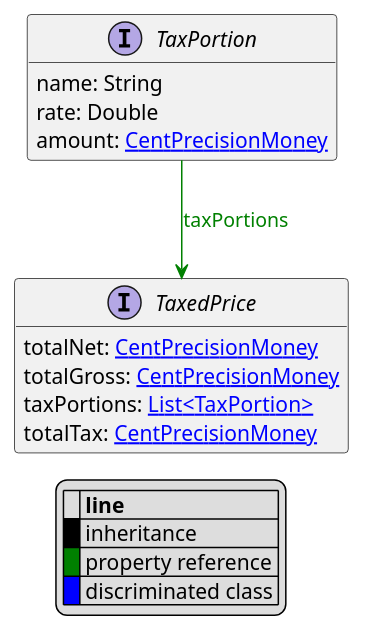
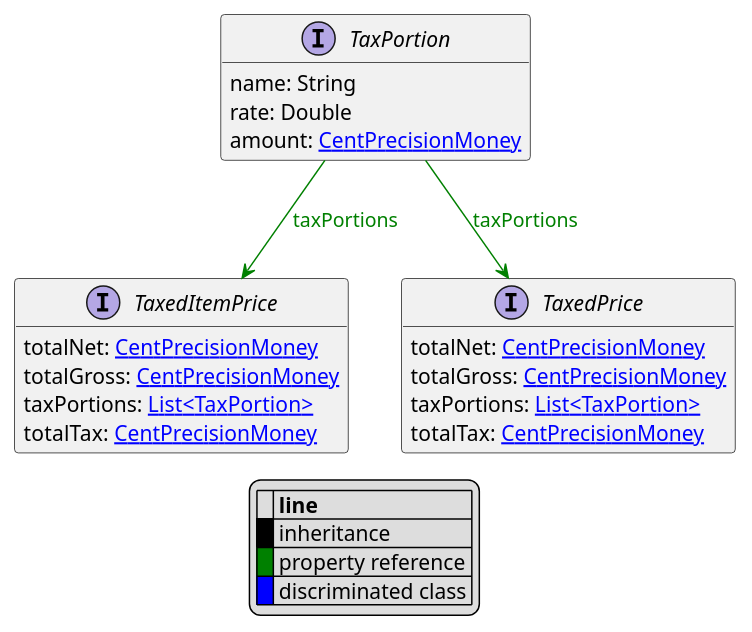
The diagram in uml/api/TaxPortion.puml (commercetools/commercetools-api-reference), drawn with PlantUML before and after one commit. The commit also changed 6 other files, not shown here.

```diff
--- a/uml/api/TaxPortion.puml
+++ b/uml/api/TaxPortion.puml
@@ -1,27 +1,34 @@
 @startuml
 
 hide empty fields
 hide empty methods
 legend
 |= |= line |
 |<back:black>   </back>| inheritance |
 |<back:green>   </back>| property reference |
 |<back:blue>   </back>| discriminated class |
 endlegend
 interface TaxPortion [[TaxPortion.svg]]  {
     name: String
     rate: Double
     amount: [[CentPrecisionMoney.svg CentPrecisionMoney]]
 }
 
 
 
+interface TaxedItemPrice [[TaxedItemPrice.svg]]  {
+    totalNet: [[CentPrecisionMoney.svg CentPrecisionMoney]]
+    totalGross: [[CentPrecisionMoney.svg CentPrecisionMoney]]
+    taxPortions: [[TaxPortion.svg List<TaxPortion>]]
+    totalTax: [[CentPrecisionMoney.svg CentPrecisionMoney]]
+}
 interface TaxedPrice [[TaxedPrice.svg]]  {
     totalNet: [[CentPrecisionMoney.svg CentPrecisionMoney]]
     totalGross: [[CentPrecisionMoney.svg CentPrecisionMoney]]
     taxPortions: [[TaxPortion.svg List<TaxPortion>]]
     totalTax: [[CentPrecisionMoney.svg CentPrecisionMoney]]
 }
 
+TaxPortion --> TaxedItemPrice #green;text:green : "taxPortions"
 TaxPortion --> TaxedPrice #green;text:green : "taxPortions"
 @enduml
```
